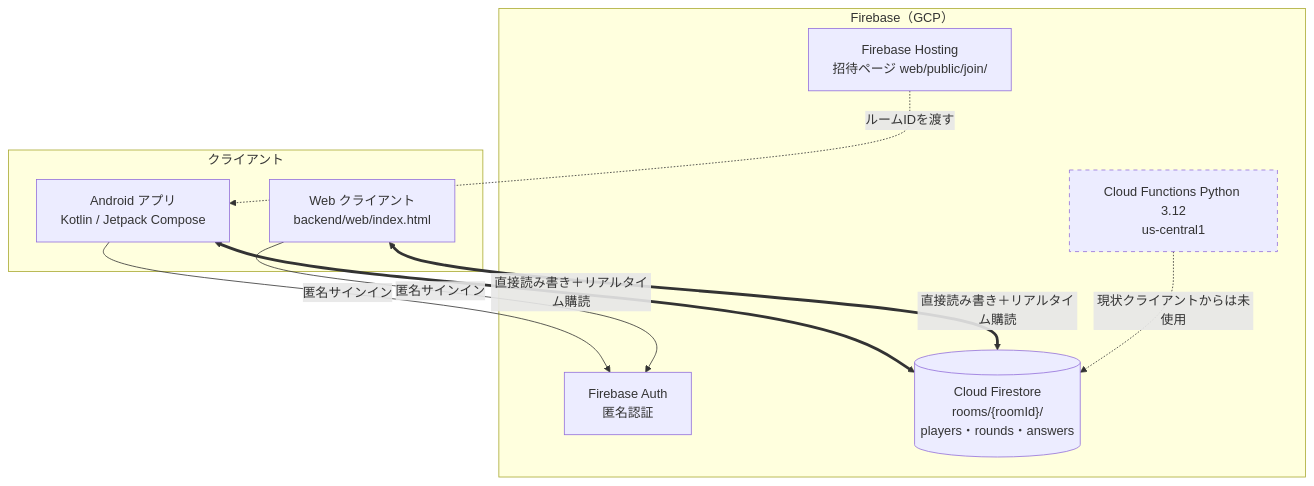
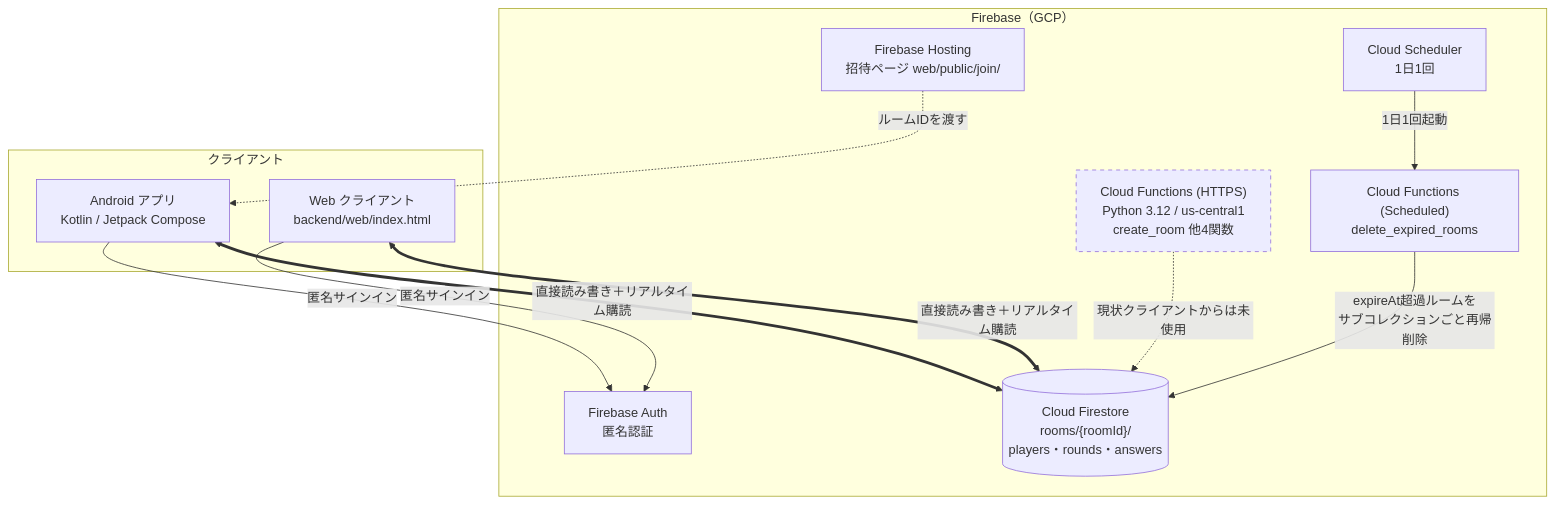
One commit to rokusoudo-product/qa-count-hit-game changed the diagram in docs/architecture.md. Above: the diagram before and after it, drawn with Mermaid. The commit also changed other lines of this file and 7 other files, not shown here.

````diff
--- a/docs/architecture.md
+++ b/docs/architecture.md
@@ -11,23 +11,27 @@
 ```mermaid
 flowchart TB
     subgraph Clients["クライアント"]
         AND["Android アプリ<br/>Kotlin / Jetpack Compose"]
         WEB["Web クライアント<br/>backend/web/index.html"]
     end
 
     subgraph Firebase["Firebase（GCP）"]
         AUTH["Firebase Auth<br/>匿名認証"]
         FS[("Cloud Firestore<br/>rooms/{roomId}/<br/>players・rounds・answers")]
         HOSTING["Firebase Hosting<br/>招待ページ web/public/join/"]
-        FN["Cloud Functions Python 3.12<br/>us-central1"]
+        FN["Cloud Functions (HTTPS)<br/>Python 3.12 / us-central1<br/>create_room 他4関数"]
+        SCHED["Cloud Scheduler<br/>1日1回"]
+        SWEEP["Cloud Functions (Scheduled)<br/>delete_expired_rooms"]
     end
 
     AND -->|匿名サインイン| AUTH
     WEB -->|匿名サインイン| AUTH
     AND <==>|直接読み書き＋リアルタイム購読| FS
     WEB <==>|直接読み書き＋リアルタイム購読| FS
     HOSTING -.->|ルームIDを渡す| AND
     FN -.->|現状クライアントからは未使用| FS
+    SCHED -->|1日1回起動| SWEEP
+    SWEEP -->|expireAt超過ルームを<br/>サブコレクションごと再帰削除| FS
 
     style FN stroke-dasharray: 5 5
 ```
````
